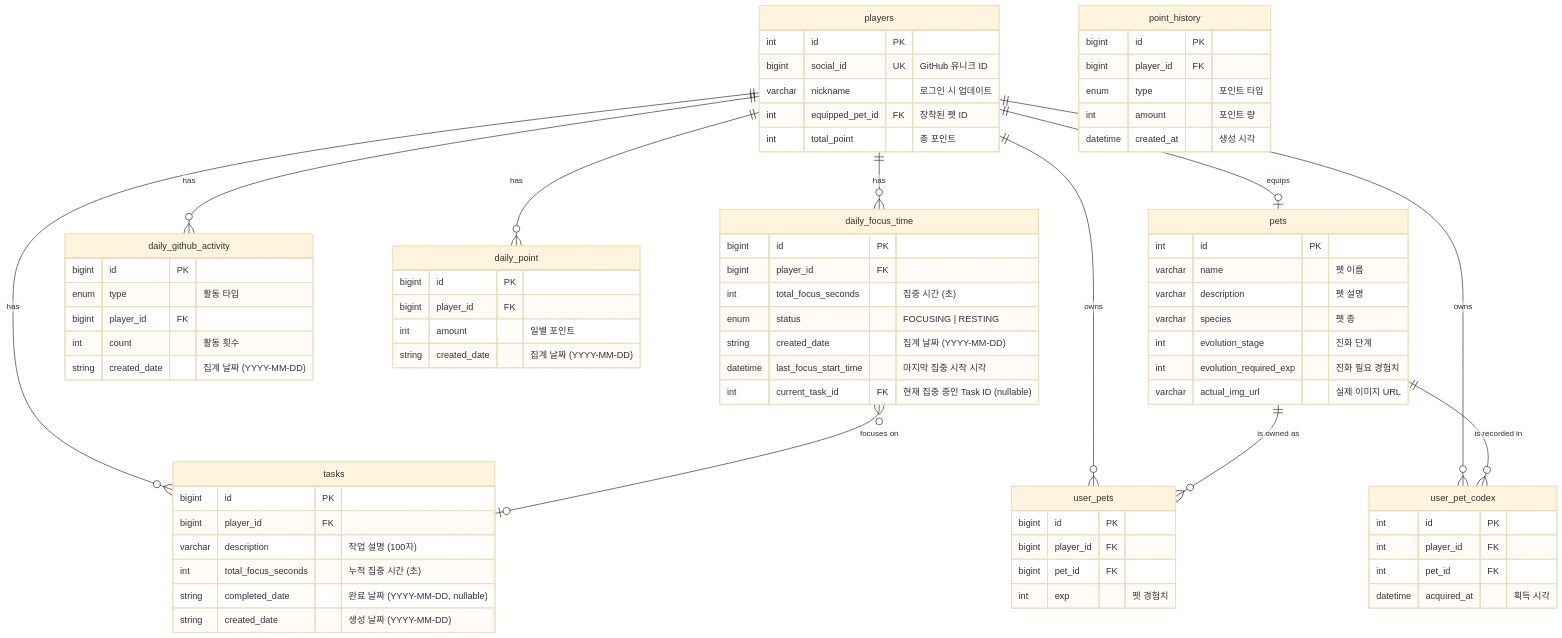
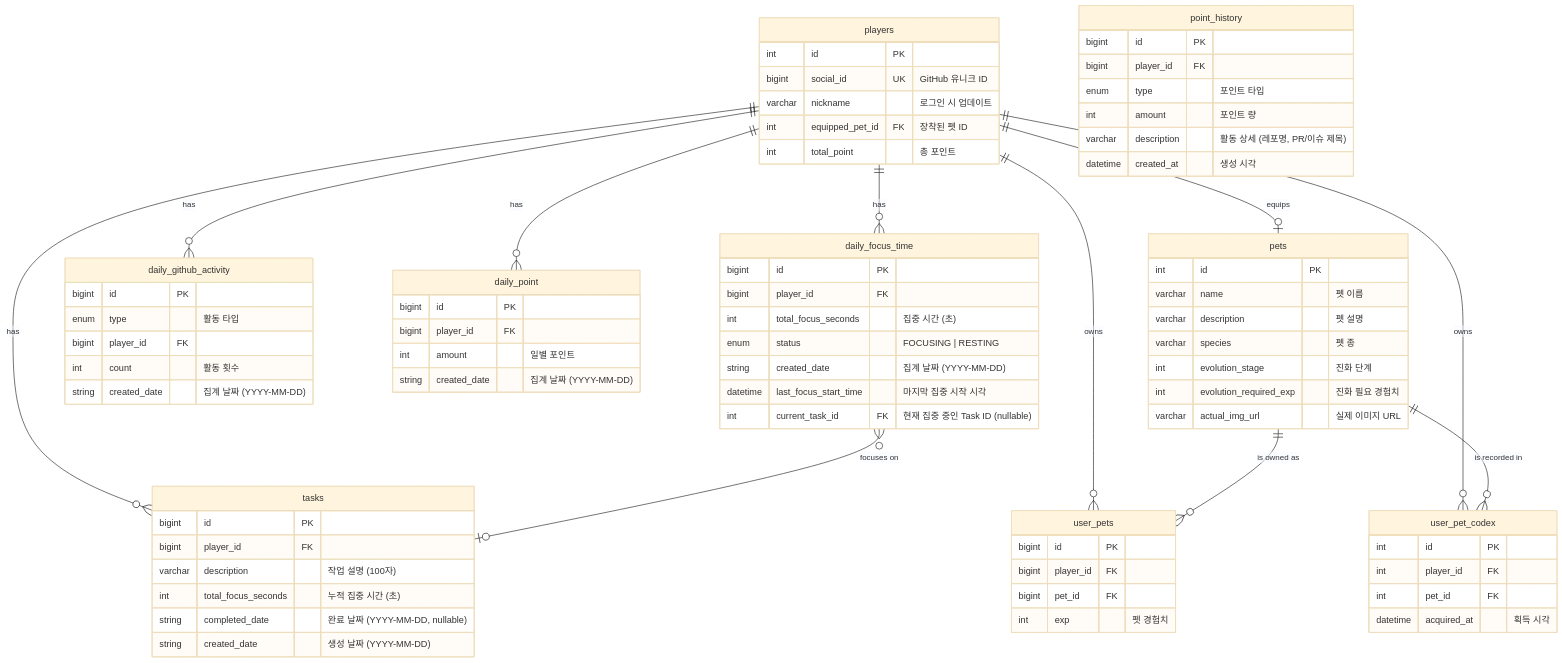
One commit to boostcampwm2025/web19-estrogenquattro changed the diagram in docs/guides/ERD.md. Above: the diagram before and after it, drawn with Mermaid (base theme). The commit also changed other lines of this file and 1 other file, not shown here.

First line of the commit message:
docs: 포인트 시스템 및 ERD 문서 업데이트

```diff
--- a/docs/guides/ERD.md
+++ b/docs/guides/ERD.md
@@ -85,6 +85,7 @@
         bigint player_id FK
         enum type "포인트 타입"
         int amount "포인트 량"
+        varchar description "활동 상세 (레포명, PR/이슈 제목)"
         datetime created_at "생성 시각"
     }
 
```
